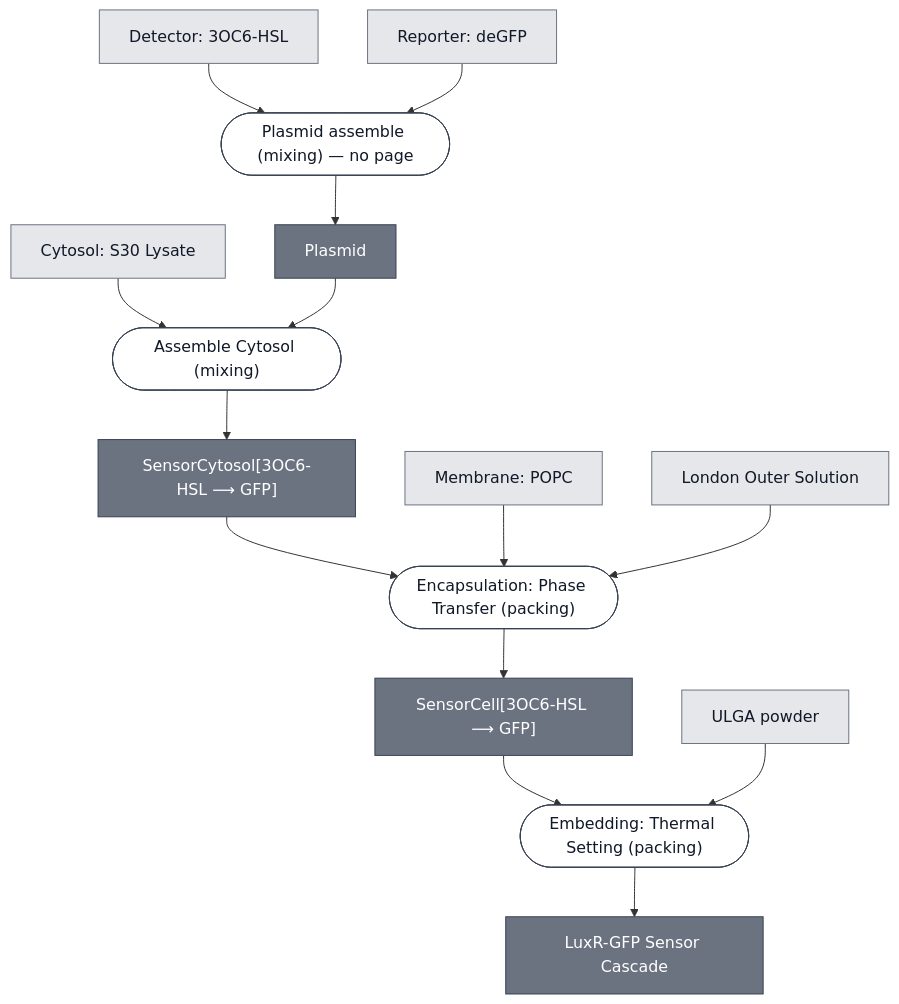
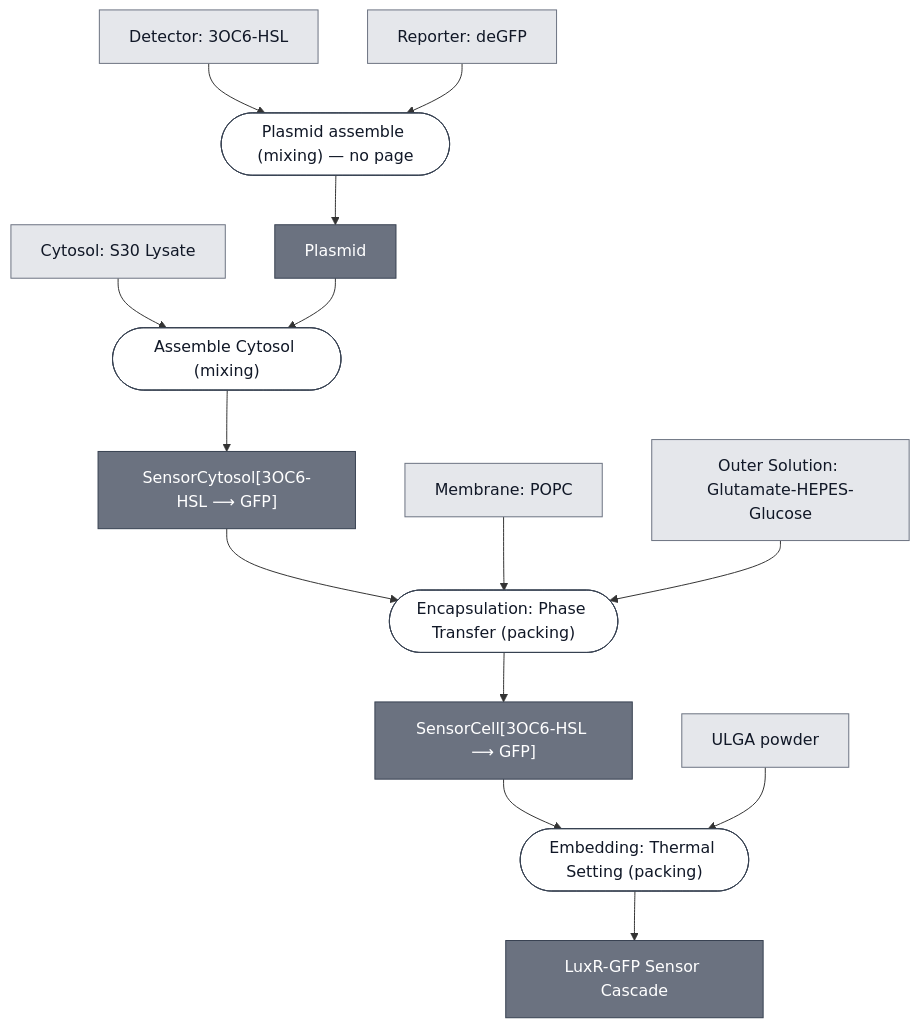
One commit to nucleus-eng/nucleus-docs changed the diagram in docs/modules/luxr-gfp-cascade/spec.md. Above: the diagram before and after it, drawn with Mermaid. The commit also changed other lines of this file and 78 other files, not shown here.

````diff
--- a/docs/modules/luxr-gfp-cascade/spec.md
+++ b/docs/modules/luxr-gfp-cascade/spec.md
@@ -31,54 +31,54 @@
 ```mermaid
 flowchart TD
     S30_LYSATE["Cytosol: S30 Lysate"]
     DETECTOR_3OC6_HSL["Detector: 3OC6-HSL"]
     REPORTER_DEGFP["Reporter: deGFP"]
     MEMBRANE_POPC["Membrane: POPC"]
-    OUTER_SOLUTION_LONDON["London Outer Solution"]
+    OUTER_SOLUTION_GLUTAMATE["Outer Solution: Glutamate-HEPES-Glucose"]
     ULGA_POWDER["ULGA powder"]
 
     P1_ASSEMBLE_PLASMID_0(["Plasmid assemble (mixing) — no page"])
     LUXR_GFP_PLASMID["Plasmid"]
     P2_ASSEMBLE_CYTOSOL_0(["Assemble Cytosol (mixing)"])
     LUXR_GFP_SENSOR_CYTOSOL["SensorCytosol[3OC6-HSL ⟶ GFP]"]
     P3_ENCAPSULATE_0(["Encapsulation: Phase Transfer (packing)"])
     LUXR_GFP_SENSING_CELL["SensorCell[3OC6-HSL ⟶ GFP]"]
     P4_EMBED_ULGA_0(["Embedding: Thermal Setting (packing)"])
     LUXR_GFP_CASCADE["LuxR-GFP Sensor Cascade"]
 
     DETECTOR_3OC6_HSL --> P1_ASSEMBLE_PLASMID_0
     REPORTER_DEGFP --> P1_ASSEMBLE_PLASMID_0
     P1_ASSEMBLE_PLASMID_0 --> LUXR_GFP_PLASMID
 
     S30_LYSATE --> P2_ASSEMBLE_CYTOSOL_0
     LUXR_GFP_PLASMID --> P2_ASSEMBLE_CYTOSOL_0
     P2_ASSEMBLE_CYTOSOL_0 --> LUXR_GFP_SENSOR_CYTOSOL
 
     LUXR_GFP_SENSOR_CYTOSOL --> P3_ENCAPSULATE_0
     MEMBRANE_POPC --> P3_ENCAPSULATE_0
-    OUTER_SOLUTION_LONDON --> P3_ENCAPSULATE_0
+    OUTER_SOLUTION_GLUTAMATE --> P3_ENCAPSULATE_0
     P3_ENCAPSULATE_0 --> LUXR_GFP_SENSING_CELL
 
     LUXR_GFP_SENSING_CELL --> P4_EMBED_ULGA_0
     ULGA_POWDER --> P4_EMBED_ULGA_0
     P4_EMBED_ULGA_0 --> LUXR_GFP_CASCADE
 
 
     classDef leaf     fill:#e5e7eb,stroke:#6b7280,color:#111827;
     classDef composed fill:#6b7280,stroke:#374151,color:#ffffff;
     classDef process  fill:#ffffff,stroke:#374151,color:#111827;
-    class S30_LYSATE,DETECTOR_3OC6_HSL,REPORTER_DEGFP,MEMBRANE_POPC,OUTER_SOLUTION_LONDON,ULGA_POWDER leaf;
+    class S30_LYSATE,DETECTOR_3OC6_HSL,REPORTER_DEGFP,MEMBRANE_POPC,OUTER_SOLUTION_GLUTAMATE,ULGA_POWDER leaf;
     class LUXR_GFP_PLASMID,LUXR_GFP_SENSOR_CYTOSOL,LUXR_GFP_SENSING_CELL,LUXR_GFP_CASCADE composed;
     class P1_ASSEMBLE_PLASMID_0,P2_ASSEMBLE_CYTOSOL_0,P3_ENCAPSULATE_0,P4_EMBED_ULGA_0 process;
 
     click S30_LYSATE "/docs/modules/s30-lysate/spec"
     click DETECTOR_3OC6_HSL "/docs/modules/detector-3oc6-hsl/spec"
     click REPORTER_DEGFP "/docs/modules/reporter-degfp/spec"
     click MEMBRANE_POPC "/docs/modules/membrane-popc/spec"
-    click OUTER_SOLUTION_LONDON "/docs/modules/outer-solution-london/spec"
+    click OUTER_SOLUTION_GLUTAMATE "/docs/modules/outer-solution-glutamate/spec"
     click ULGA_POWDER "/docs/modules/gel-ulga/spec"
     click P2_ASSEMBLE_CYTOSOL_0 "/docs/processes/assemble-cytosol/assemble-cytosol-main"
     click P3_ENCAPSULATE_0 "/docs/processes/assemble-base-cell/main"
     click P4_EMBED_ULGA_0 "/docs/processes/embed-thermal-setting/main"
     click LUXR_GFP_CASCADE "/docs/modules/luxr-gfp-cascade/spec"
 ```
````
